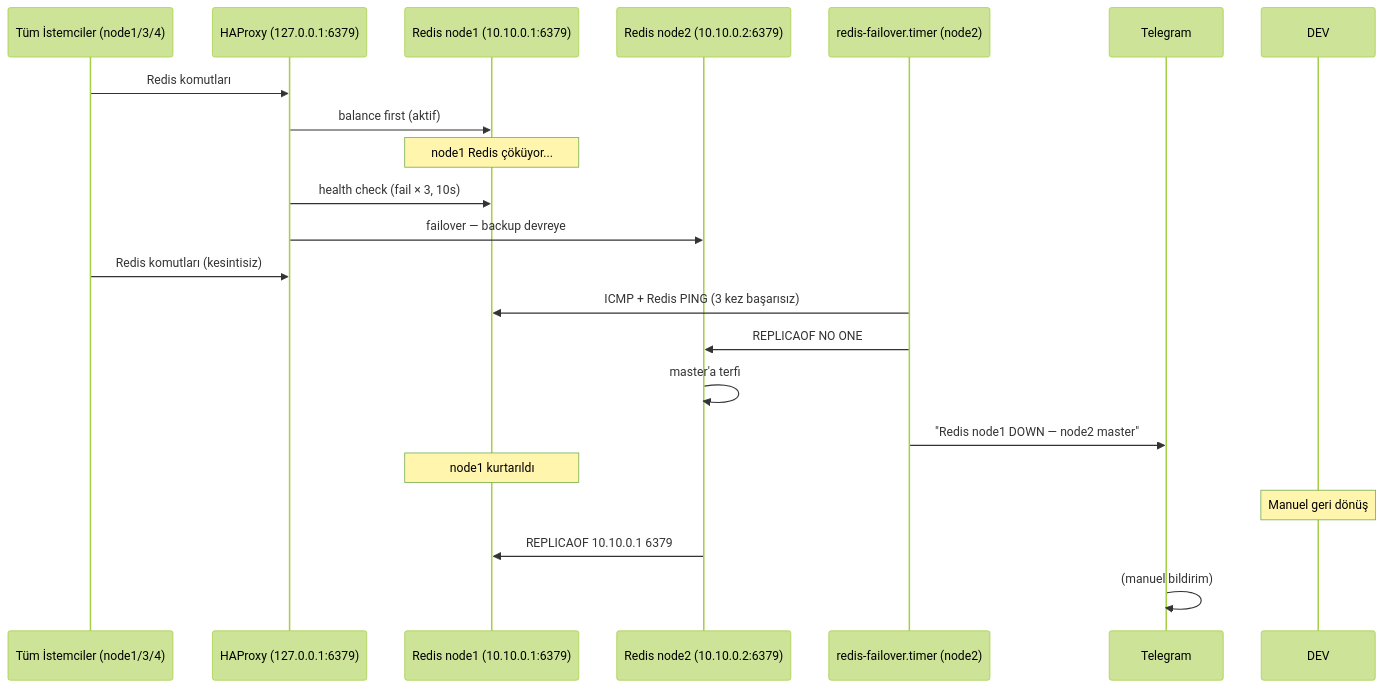
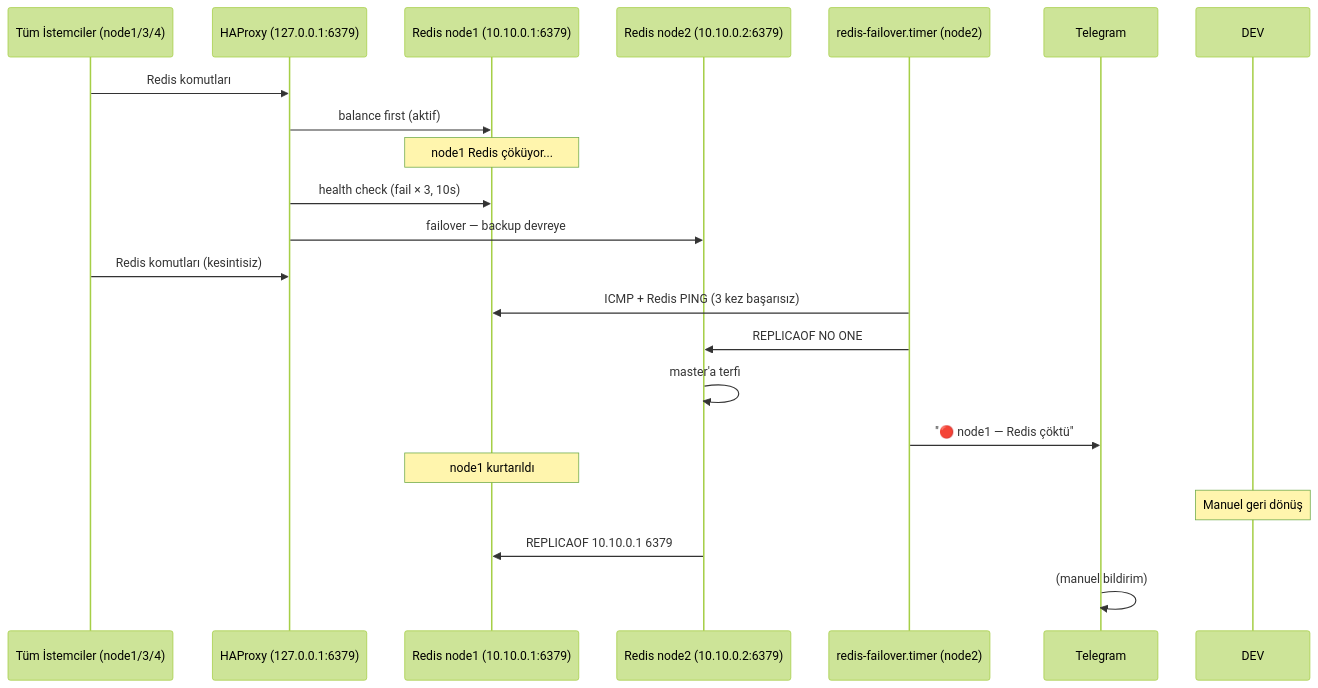
The tenth of 12 diagrams in README.md (tucibeyin/teqlif), drawn with Mermaid (forest theme) before and after one commit. The commit also changed other lines of this file, not shown here.

````diff
--- a/README.md
+++ b/README.md
@@ -454,27 +609,27 @@
 ```mermaid
 sequenceDiagram
     participant APP as Tüm İstemciler (node1/3/4)
     participant HAP as HAProxy (127.0.0.1:6379)
     participant RD1 as Redis node1 (10.10.0.1:6379)
     participant RD2 as Redis node2 (10.10.0.2:6379)
     participant TIMER as redis-failover.timer (node2)
     participant TG as Telegram
 
     APP->>HAP: Redis komutları
     HAP->>RD1: balance first (aktif)
 
     Note over RD1: node1 Redis çöküyor...
     HAP->>RD1: health check (fail × 3, 10s)
     HAP->>RD2: failover — backup devreye
     APP->>HAP: Redis komutları (kesintisiz)
 
     TIMER->>RD1: ICMP + Redis PING (3 kez başarısız)
     TIMER->>RD2: REPLICAOF NO ONE
     RD2->>RD2: master'a terfi
-    TIMER->>TG: "Redis node1 DOWN — node2 master"
+    TIMER->>TG: "🔴 node1 — Redis çöktü"
 
     Note over RD1: node1 kurtarıldı
     Note over DEV: Manuel geri dönüş
     RD2->>RD1: REPLICAOF 10.10.0.1 6379
     TG->>TG: (manuel bildirim)
 ```
````
